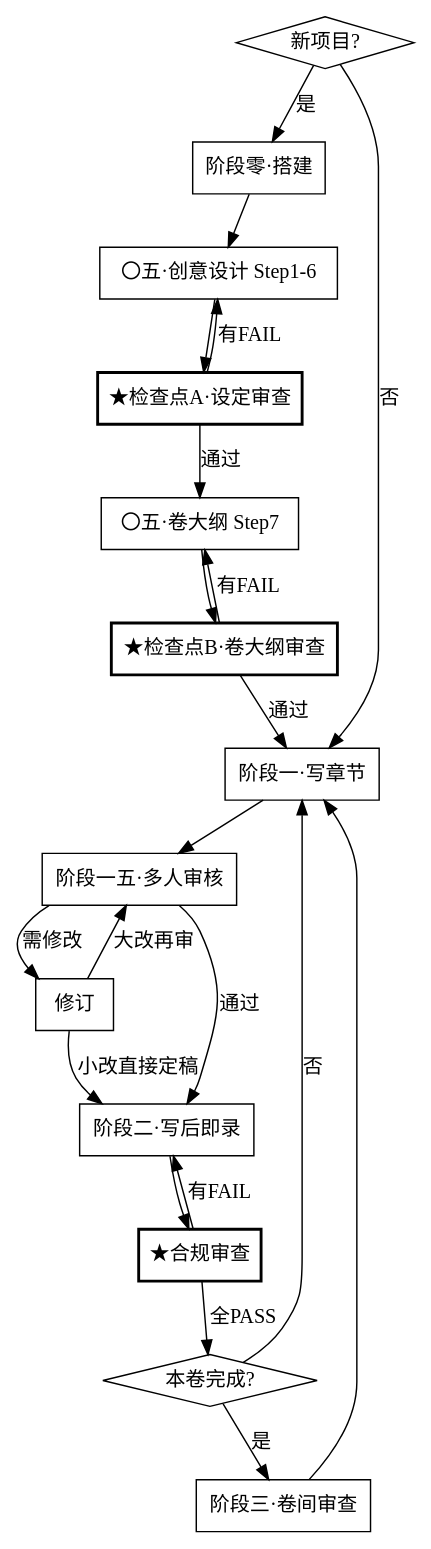
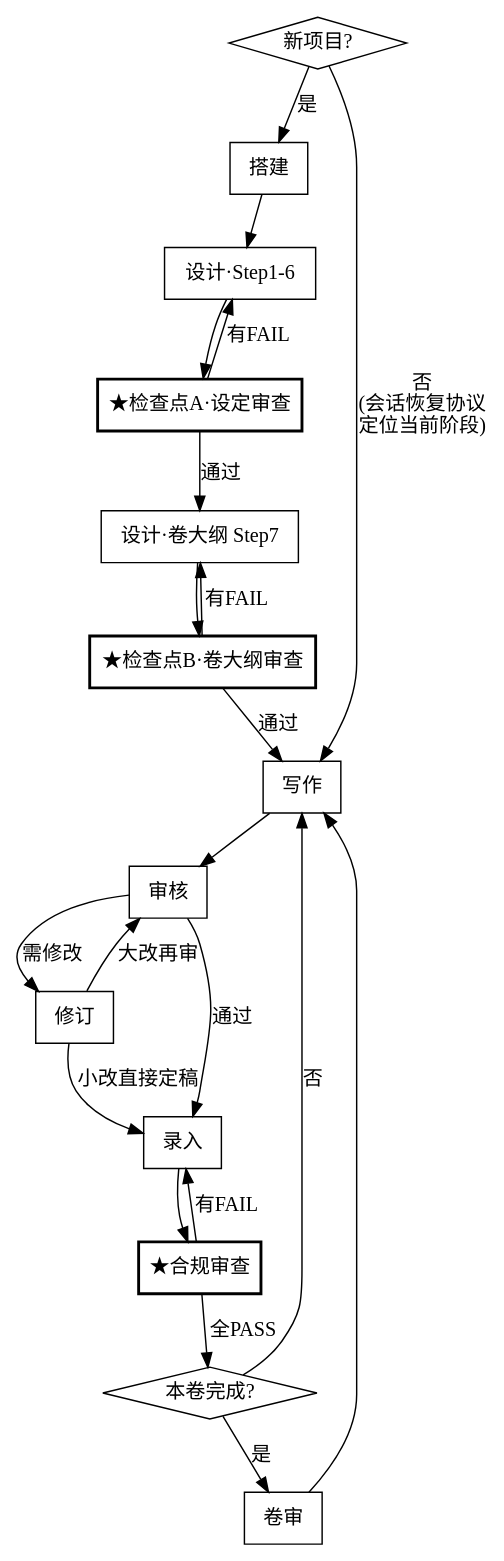
The diagram in skills/novel-writing/SKILL.md (yoke233/claude-skills), drawn with Graphviz before and after one commit. The commit also changed other lines of this file and 25 other files, not shown here.

````diff
--- a/skills/novel-writing/SKILL.md
+++ b/skills/novel-writing/SKILL.md
@@ -64,38 +78,38 @@
 ```dot
 digraph novel_workflow {
   "新项目?" [shape=diamond];
-  "阶段零·搭建" [shape=box];
-  "〇五·创意设计 Step1-6" [shape=box];
+  "搭建" [shape=box];
+  "设计·Step1-6" [shape=box];
   "★检查点A·设定审查" [shape=box, style=bold];
-  "〇五·卷大纲 Step7" [shape=box];
+  "设计·卷大纲 Step7" [shape=box];
   "★检查点B·卷大纲审查" [shape=box, style=bold];
-  "阶段一·写章节" [shape=box];
-  "阶段一五·多人审核" [shape=box];
+  "写作" [shape=box];
+  "审核" [shape=box];
   "修订" [shape=box];
-  "阶段二·写后即录" [shape=box];
+  "录入" [shape=box];
   "★合规审查" [shape=box, style=bold];
   "本卷完成?" [shape=diamond];
-  "阶段三·卷间审查" [shape=box];
+  "卷审" [shape=box];
 
-  "新项目?" -> "阶段零·搭建" [label="是"];
-  "新项目?" -> "阶段一·写章节" [label="否"];
-  "阶段零·搭建" -> "〇五·创意设计 Step1-6";
-  "〇五·创意设计 Step1-6" -> "★检查点A·设定审查";
-  "★检查点A·设定审查" -> "〇五·卷大纲 Step7" [label="通过"];
-  "★检查点A·设定审查" -> "〇五·创意设计 Step1-6" [label="有FAIL"];
-  "〇五·卷大纲 Step7" -> "★检查点B·卷大纲审查";
-  "★检查点B·卷大纲审查" -> "阶段一·写章节" [label="通过"];
-  "★检查点B·卷大纲审查" -> "〇五·卷大纲 Step7" [label="有FAIL"];
-  "阶段一·写章节" -> "阶段一五·多人审核";
-  "阶段一五·多人审核" -> "阶段二·写后即录" [label="通过"];
-  "阶段一五·多人审核" -> "修订" [label="需修改"];
-  "修订" -> "阶段一五·多人审核" [label="大改再审"];
-  "修订" -> "阶段二·写后即录" [label="小改直接定稿"];
-  "阶段二·写后即录" -> "★合规审查";
+  "新项目?" -> "搭建" [label="是"];
+  "新项目?" -> "写作" [label="否\n(会话恢复协议\n定位当前阶段)"];
+  "搭建" -> "设计·Step1-6";
+  "设计·Step1-6" -> "★检查点A·设定审查";
+  "★检查点A·设定审查" -> "设计·卷大纲 Step7" [label="通过"];
+  "★检查点A·设定审查" -> "设计·Step1-6" [label="有FAIL"];
+  "设计·卷大纲 Step7" -> "★检查点B·卷大纲审查";
+  "★检查点B·卷大纲审查" -> "写作" [label="通过"];
+  "★检查点B·卷大纲审查" -> "设计·卷大纲 Step7" [label="有FAIL"];
+  "写作" -> "审核";
+  "审核" -> "录入" [label="通过"];
+  "审核" -> "修订" [label="需修改"];
+  "修订" -> "审核" [label="大改再审"];
+  "修订" -> "录入" [label="小改直接定稿"];
+  "录入" -> "★合规审查";
   "★合规审查" -> "本卷完成?" [label="全PASS"];
-  "★合规审查" -> "阶段二·写后即录" [label="有FAIL"];
-  "本卷完成?" -> "阶段三·卷间审查" [label="是"];
-  "本卷完成?" -> "阶段一·写章节" [label="否"];
-  "阶段三·卷间审查" -> "阶段一·写章节";
+  "★合规审查" -> "录入" [label="有FAIL"];
+  "本卷完成?" -> "卷审" [label="是"];
+  "本卷完成?" -> "写作" [label="否"];
+  "卷审" -> "写作";
 }
 ```
````
